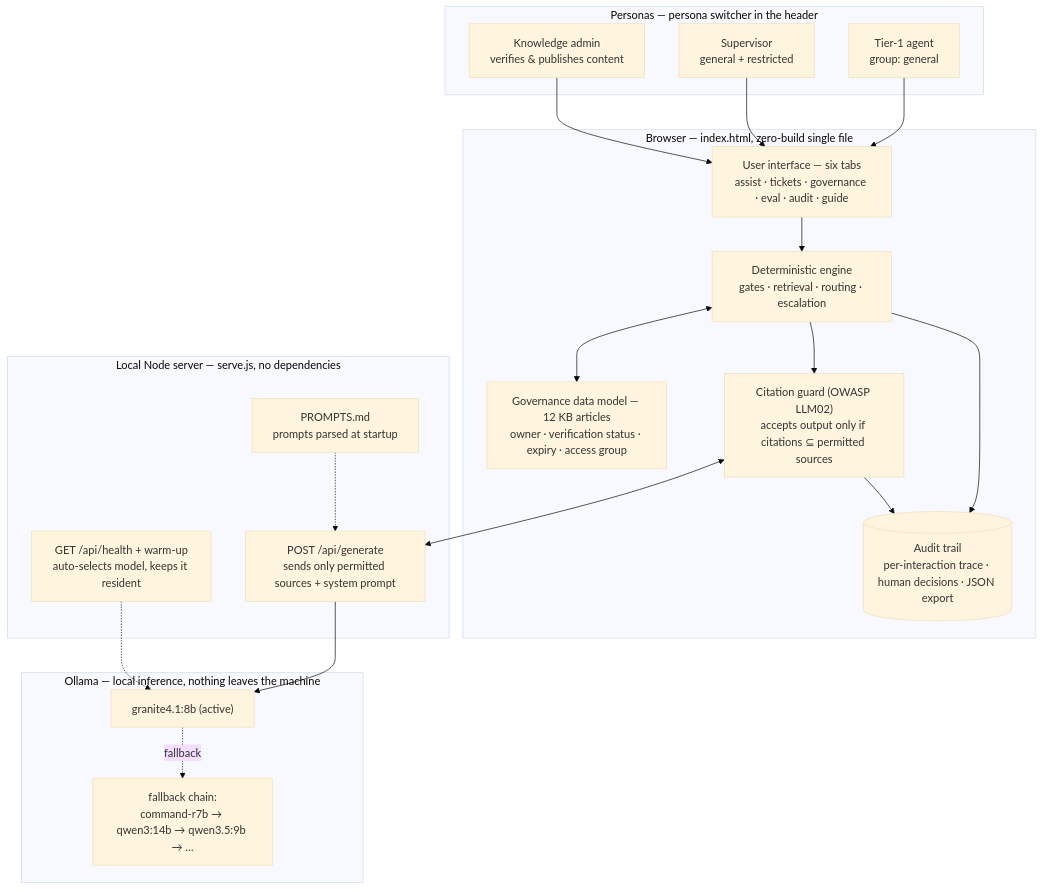
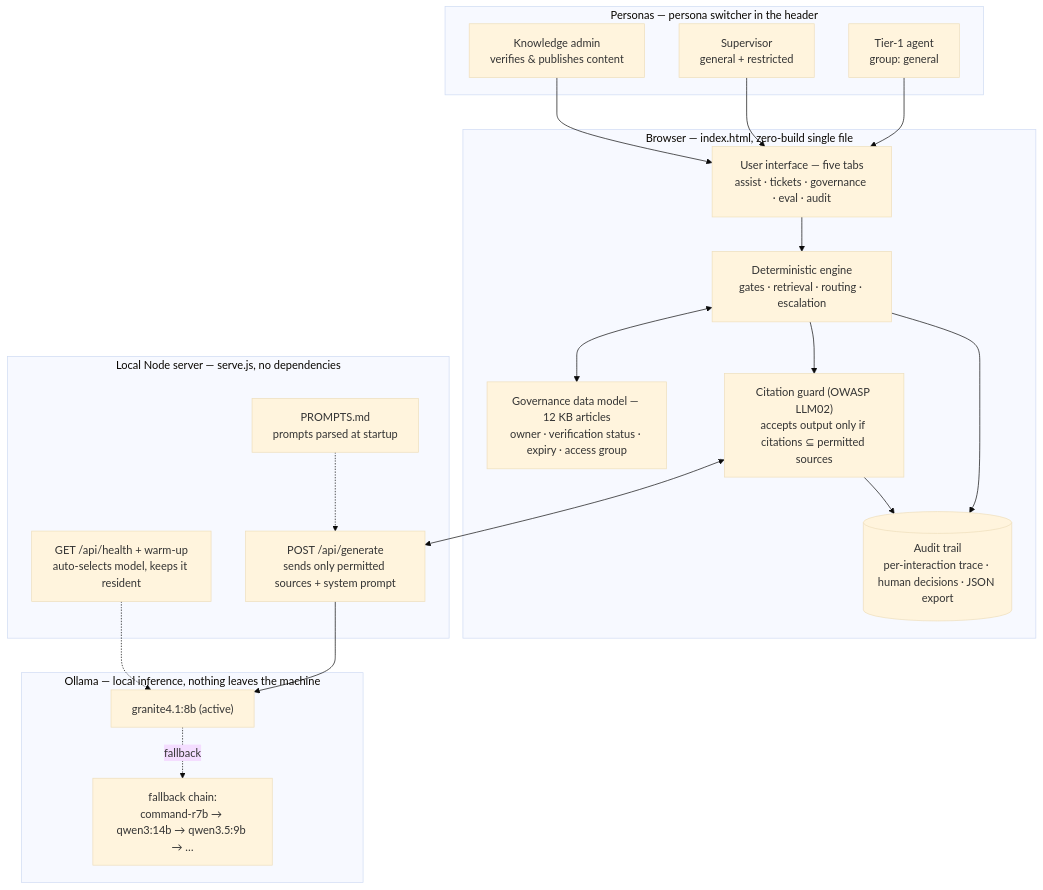
One commit to meticulo3366/groundwork-mvp changed the first of 4 diagrams in README.md. Above: the diagram before and after it, drawn with Mermaid (base theme).

Commit message:
Fix stale "six tabs" label in the architecture diagram
The earlier five-tabs update missed this mermaid node label because
its text included the now-hidden guide tab.

````diff
--- a/README.md
+++ b/README.md
@@ -83,39 +83,39 @@
 ```mermaid
 flowchart TB
     subgraph personas ["Personas — persona switcher in the header"]
         T1["Tier-1 agent<br/>group: general"]
         SUP["Supervisor<br/>general + restricted"]
         ADM["Knowledge admin<br/>verifies & publishes content"]
     end
 
     subgraph browser ["Browser — index.html, zero-build single file"]
-        UI["User interface — six tabs<br/>assist · tickets · governance · eval · audit · guide"]
+        UI["User interface — five tabs<br/>assist · tickets · governance · eval · audit"]
         ENG["Deterministic engine<br/>gates · retrieval · routing · escalation"]
         ADM2["Governance data model — 12 KB articles<br/>owner · verification status · expiry · access group"]
         GUARD["Citation guard (OWASP LLM02)<br/>accepts output only if citations ⊆ permitted sources"]
         AUDIT[("Audit trail<br/>per-interaction trace · human decisions · JSON export")]
     end
 
     subgraph server ["Local Node server — serve.js, no dependencies"]
         GEN["POST /api/generate<br/>sends only permitted sources + system prompt"]
         PR["PROMPTS.md<br/>prompts parsed at startup"]
         HEALTH["GET /api/health + warm-up<br/>auto-selects model, keeps it resident"]
     end
 
     subgraph ollama ["Ollama — local inference, nothing leaves the machine"]
         M1["granite4.1:8b (active)"]
         M2["fallback chain:<br/>command-r7b → qwen3:14b → qwen3.5:9b → …"]
     end
 
     T1 & SUP & ADM --> UI
     UI --> ENG
     ENG <--> ADM2
     ENG --> GUARD
     ENG --> AUDIT
     GUARD --> AUDIT
     GUARD <--> GEN
     PR -.-> GEN
     GEN --> M1
     HEALTH -.-> M1
     M1 -.->|fallback| M2
 ```
````
